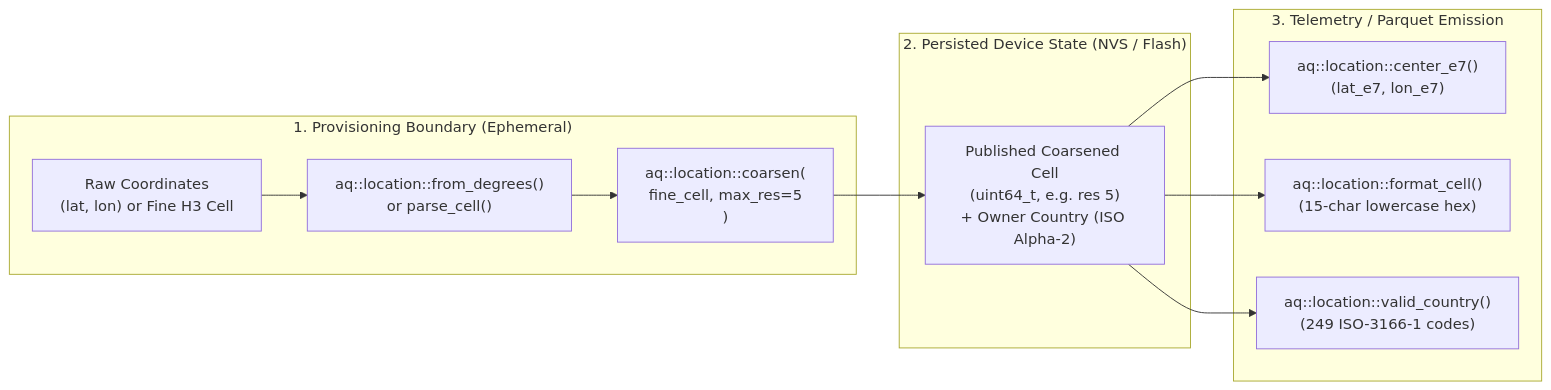
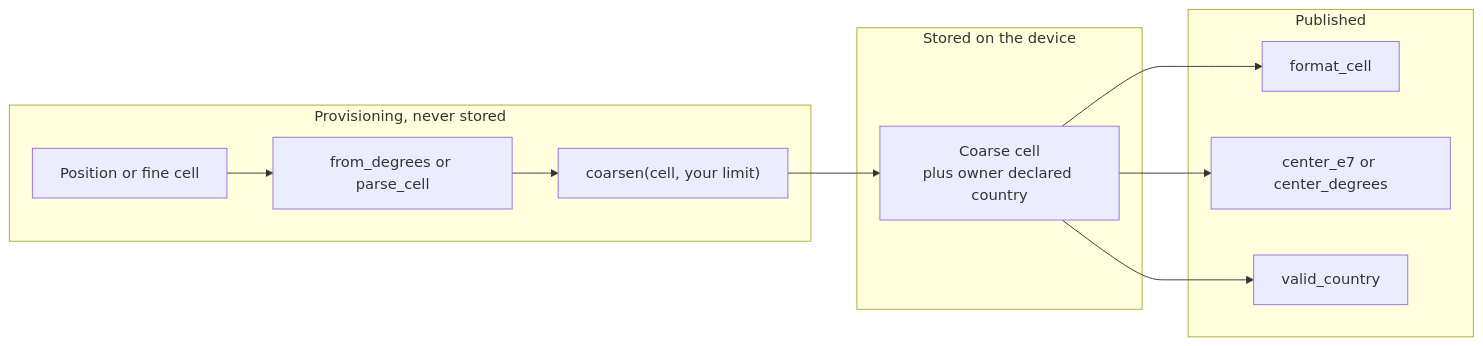
Before and after one commit to walkthru-earth/embedded-h3-location: the first of 2 diagrams in README.md, drawn with Mermaid. The commit also changed other lines of this file and 22 other files, not shown here.

````diff
--- a/README.md
+++ b/README.md
@@ -36,23 +31,20 @@
 ```mermaid
 flowchart LR
-  subgraph Provisioning["1. Provisioning Boundary (Ephemeral)"]
-    GPS["Raw Coordinates\n(lat, lon) or Fine H3 Cell"]
-    Index["aq::location::from_degrees()\nor parse_cell()"]
-    Coarsen["aq::location::coarsen(\n  fine_cell, max_res=5\n)"]
+  subgraph Setup["Provisioning, never stored"]
+    Raw["Position or fine cell"]
+    Index["from_degrees or parse_cell"]
+    Coarsen["coarsen(cell, your limit)"]
   end
-
-  subgraph Persistence["2. Persisted Device State (NVS / Flash)"]
-    Stored["Published Coarsened Cell\n(uint64_t, e.g. res 5)\n+ Owner Country (ISO Alpha-2)"]
+  subgraph Device["Stored on the device"]
+    Stored["Coarse cell<br/>plus owner declared country"]
   end
-
-  subgraph Telemetry["3. Telemetry / Parquet Emission"]
-    Center["aq::location::center_e7()\n(lat_e7, lon_e7)"]
-    Format["aq::location::format_cell()\n(15-char lowercase hex)"]
-    Validate["aq::location::valid_country()\n(249 ISO-3166-1 codes)"]
+  subgraph Output["Published"]
+    Text["format_cell"]
+    Center["center_e7 or center_degrees"]
+    Country["valid_country"]
   end
-
-  GPS --> Index --> Coarsen --> Stored
+  Raw --> Index --> Coarsen --> Stored
+  Stored --> Text
   Stored --> Center
-  Stored --> Format
-  Stored --> Validate
+  Stored --> Country
 ```
````
